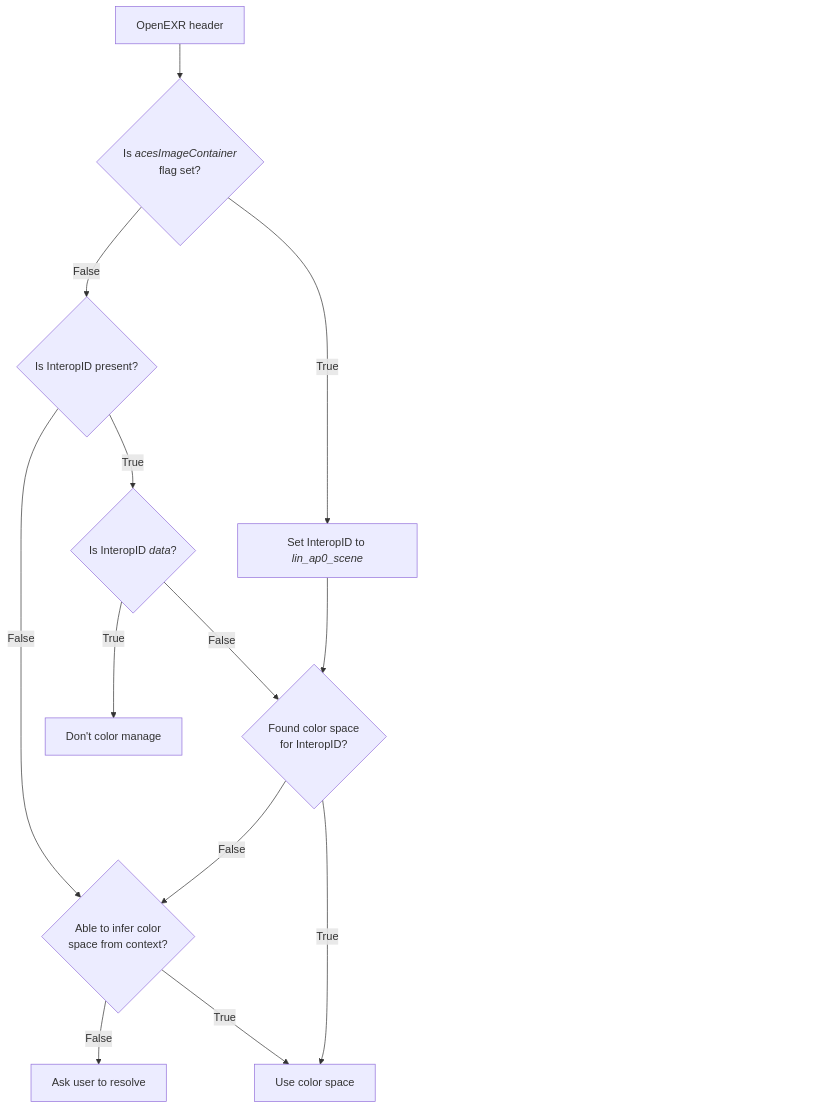
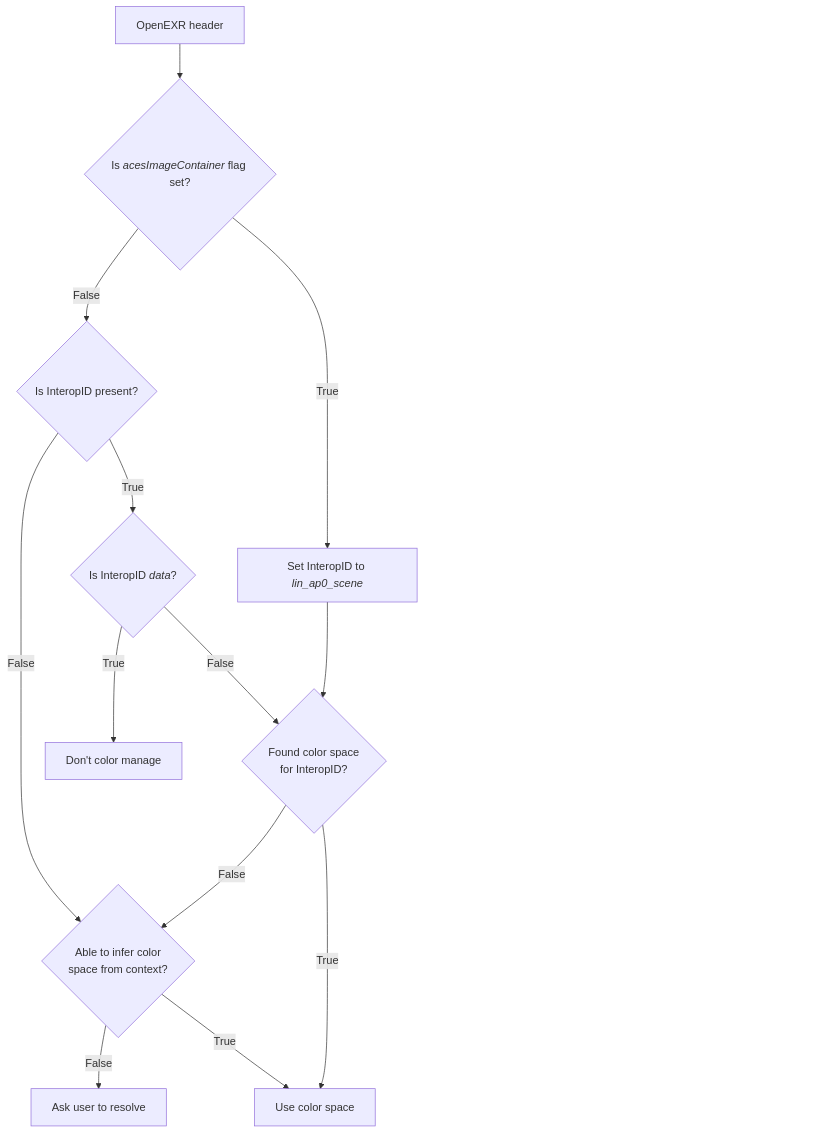
The second of 2 diagrams in Recommendations/04_OpenEXRFiles/OpenEXRFiles.md (AcademySoftwareFoundation/ColorInterop), drawn with Mermaid before and after one commit. The commit also changed other lines of this file, not shown here.

````diff
--- a/Recommendations/04_OpenEXRFiles/OpenEXRFiles.md
+++ b/Recommendations/04_OpenEXRFiles/OpenEXRFiles.md
@@ -122,18 +121,17 @@
 ```mermaid
 graph TD;
-A[OpenEXR header] --> B{"`Is _acesImageContainer_ 
-flag set?`"}
+A[OpenEXR header] --> B{"`Is _acesImageContainer_ flag set?`"}
 B--True -->C["`Set InteropID to _lin_ap0_scene_`"]
 C-->J
 B--False -->D{Is InteropID present?}
 D--True -->E{"`Is InteropID _data_?`"}
 E--False -->J{Found color space\nfor InteropID?}
 E--True -->F[Don't color manage]
 J--False -->K
 D--False -->K{Able to infer color\n space from context?}
 K--False -->H[Ask user to resolve]
 J--True -->I
 K--True -->I[Use color space]
 InvisibleNode[.....................................................................................................................................................................]
 style InvisibleNode fill:none,stroke:none,color:#00000000
 ```
````
